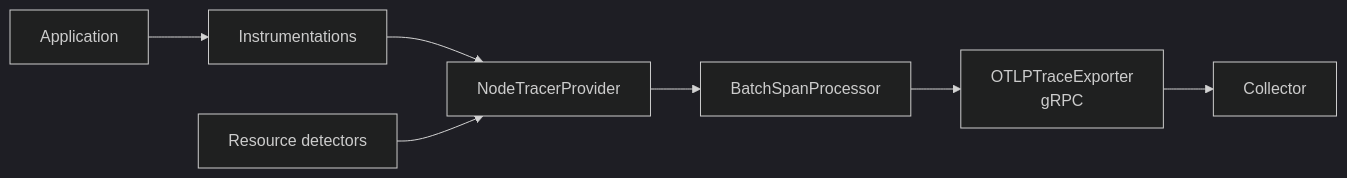
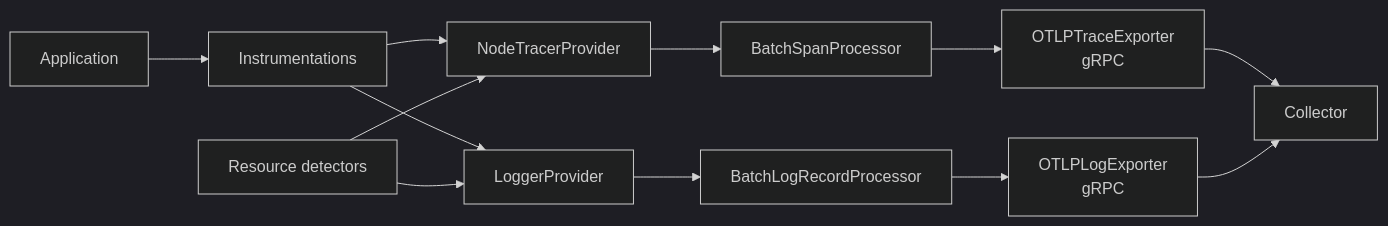
Before and after one commit to saidsef/tracing-node: the diagram in docs/architecture.md, drawn with Mermaid (dark theme). The commit also changed other lines of this file and 9 other files, not shown here.

````diff
--- a/docs/architecture.md
+++ b/docs/architecture.md
@@ -7,9 +7,14 @@
 ```mermaid
 flowchart LR
   A[Application] --> B[Instrumentations]
   B --> C[NodeTracerProvider]
   C --> D[BatchSpanProcessor]
   D --> E[OTLPTraceExporter<br/>gRPC]
   E --> F[Collector]
+  B --> G[LoggerProvider]
+  G --> H[BatchLogRecordProcessor]
+  H --> I[OTLPLogExporter<br/>gRPC]
+  I --> F
   R[Resource detectors] --> C
+  R --> G
 ```
````
